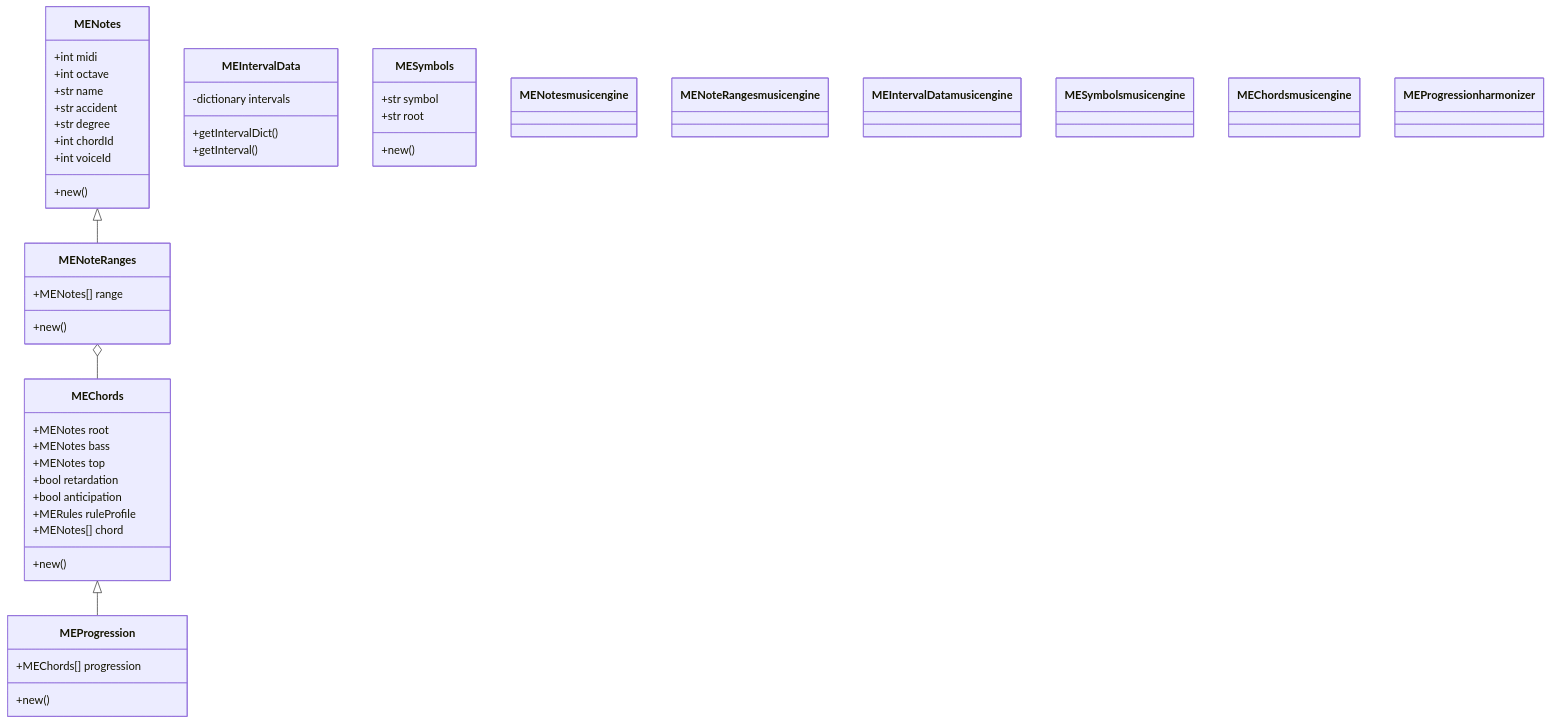
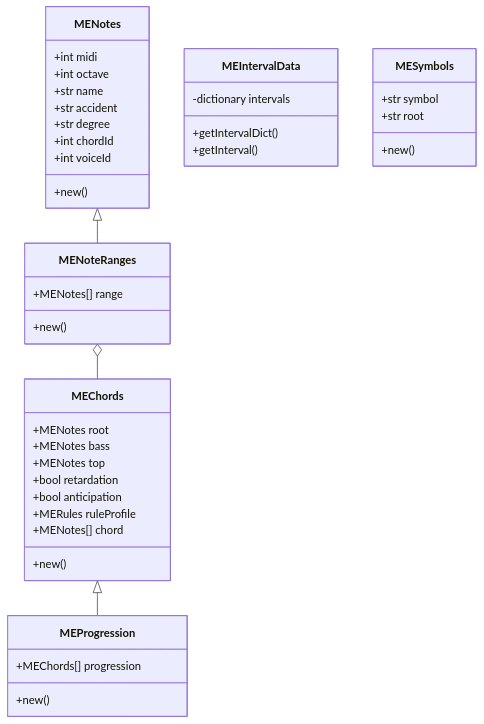
Before and after one commit to iamsiriil/sc_musicengine: the diagram in README.md, drawn with Mermaid.

Commit message:
readme update

````diff
--- a/README.md
+++ b/README.md
@@ -11,58 +11,58 @@
 ```mermaid
 classDiagram
     MENotes <|-- MENoteRanges
     MENoteRanges o-- MEChords
     MEChords <|-- MEProgression
     class MENotes {
         +int midi
         +int octave
         +str name
         +str accident
         +str degree
         +int chordId
         +int voiceId
         +new()
     }
 
     class MENoteRanges {
         +MENotes[] range
         +new()
     }
 
     class MEIntervalData {
         -dictionary intervals
         +getIntervalDict()
         +getInterval()
     }
 
     class MESymbols {
         +str symbol
         +str root
         +new()
     }
 
     class MEChords {
         +MENotes root
         +MENotes bass
         +MENotes top
         +bool retardation
         +bool anticipation
         +MERules ruleProfile
         +MENotes[] chord
         +new()
     }
 
     class MEProgression {
         +MEChords[] progression
         +new()
     }
 
     classDef musicengine stroke:#42f5bf,fill:#e6fff8
     classDef harmonizer stroke:#42b3f5,fill:#e6f1ff
-    class MENotes musicengine
-    class MENoteRanges musicengine
-    class MEIntervalData musicengine
-    class MESymbols musicengine
-    class MEChords musicengine
-    class MEProgression harmonizer
+    MENotes musicengine
+    MENoteRanges musicengine
+    MEIntervalData musicengine
+    MESymbols musicengine
+    MEChords musicengine
+    MEProgression harmonizer
 ```
````
